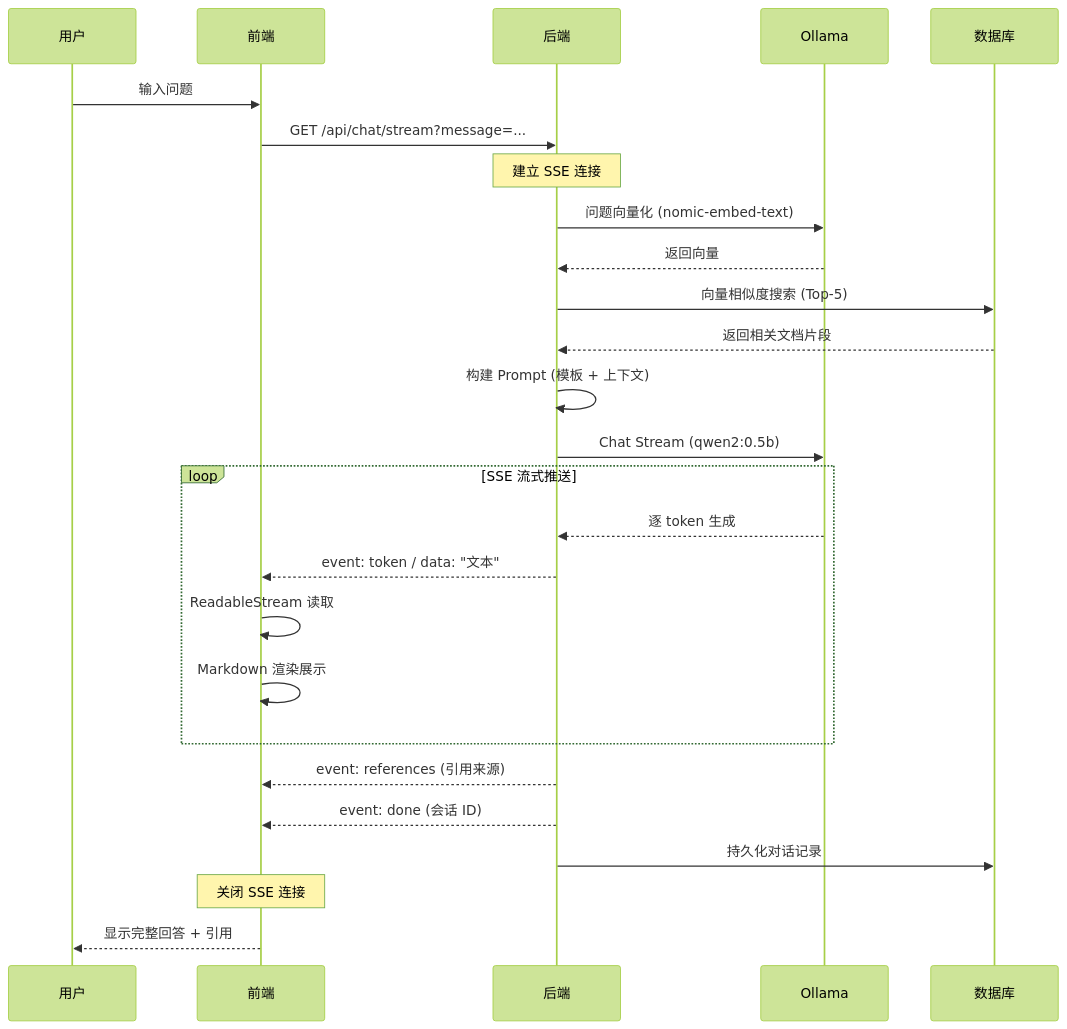
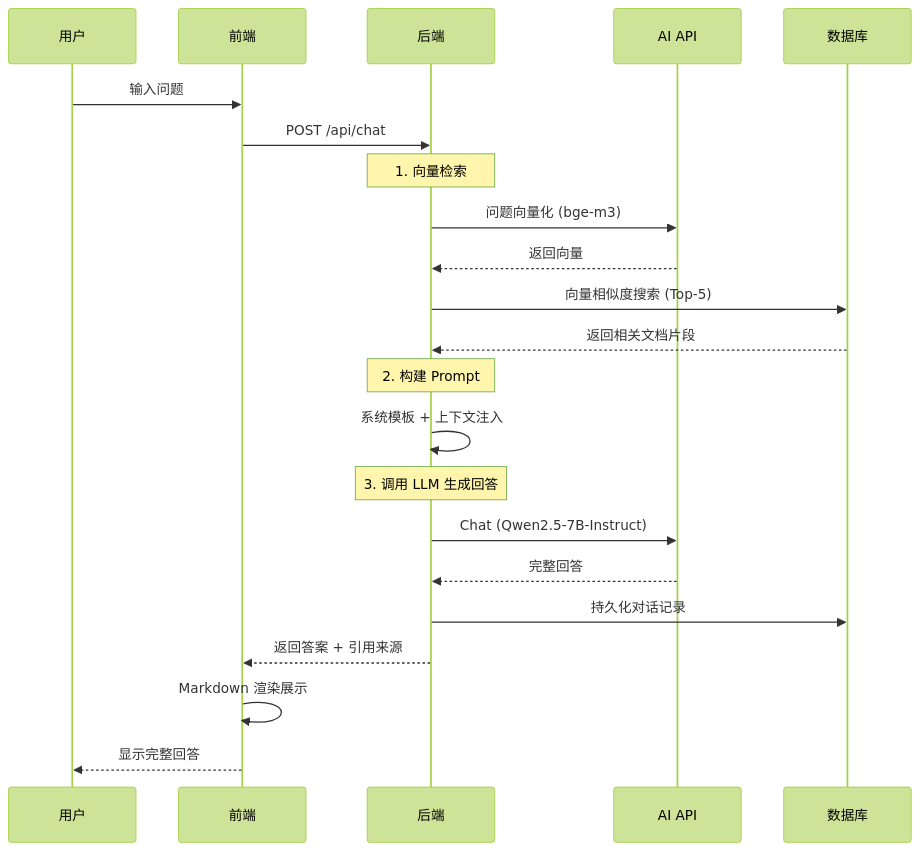
Before and after one commit to ZhangYN1203/rag-knowledge-base: the fourth of 5 diagrams in docs/系统架构图.md, drawn with Mermaid (forest theme). The commit also changed other lines of this file and 48 other files, not shown here.

````diff
--- a/docs/系统架构图.md
+++ b/docs/系统架构图.md
@@ -129,33 +124,29 @@
 ```mermaid
 sequenceDiagram
     participant U as 用户
     participant F as 前端
     participant B as 后端
-    participant O as Ollama
+    participant AI as AI API
     participant DB as 数据库
 
     U->>F: 输入问题
-    F->>B: GET /api/chat/stream?message=...
-    Note over B: 建立 SSE 连接
+    F->>B: POST /api/chat
 
-    B->>O: 问题向量化 (nomic-embed-text)
-    O-->>B: 返回向量
+    Note over B: 1. 向量检索
+    B->>AI: 问题向量化 (bge-m3)
+    AI-->>B: 返回向量
     B->>DB: 向量相似度搜索 (Top-5)
     DB-->>B: 返回相关文档片段
 
-    B->>B: 构建 Prompt (模板 + 上下文)
-    B->>O: Chat Stream (qwen2:0.5b)
+    Note over B: 2. 构建 Prompt
+    B->>B: 系统模板 + 上下文注入
 
-    loop SSE 流式推送
-        O-->>B: 逐 token 生成
-        B-->>F: event: token / data: "文本"
-        F->>F: ReadableStream 读取
-        F->>F: Markdown 渲染展示
-    end
+    Note over B: 3. 调用 LLM 生成回答
+    B->>AI: Chat (Qwen2.5-7B-Instruct)
+    AI-->>B: 完整回答
 
-    B-->>F: event: references (引用来源)
-    B-->>F: event: done (会话 ID)
     B->>DB: 持久化对话记录
-    Note over F: 关闭 SSE 连接
-    F-->>U: 显示完整回答 + 引用
+    B-->>F: 返回答案 + 引用来源
+    F->>F: Markdown 渲染展示
+    F-->>U: 显示完整回答
 ```
````
